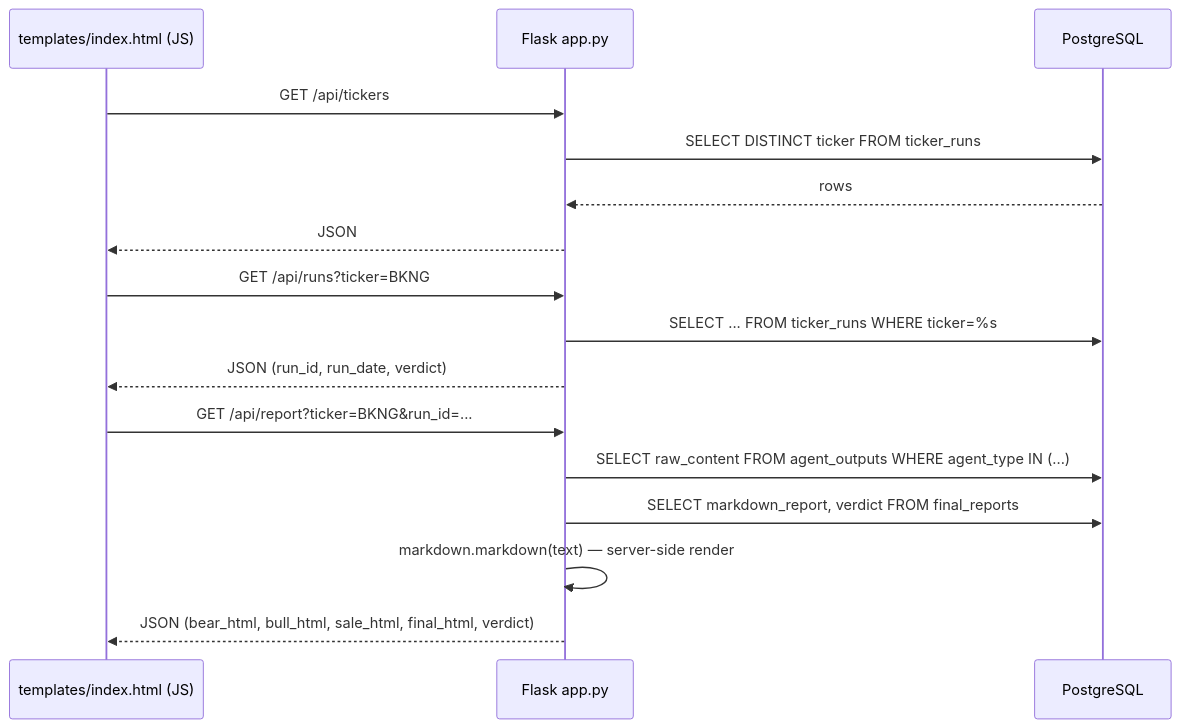
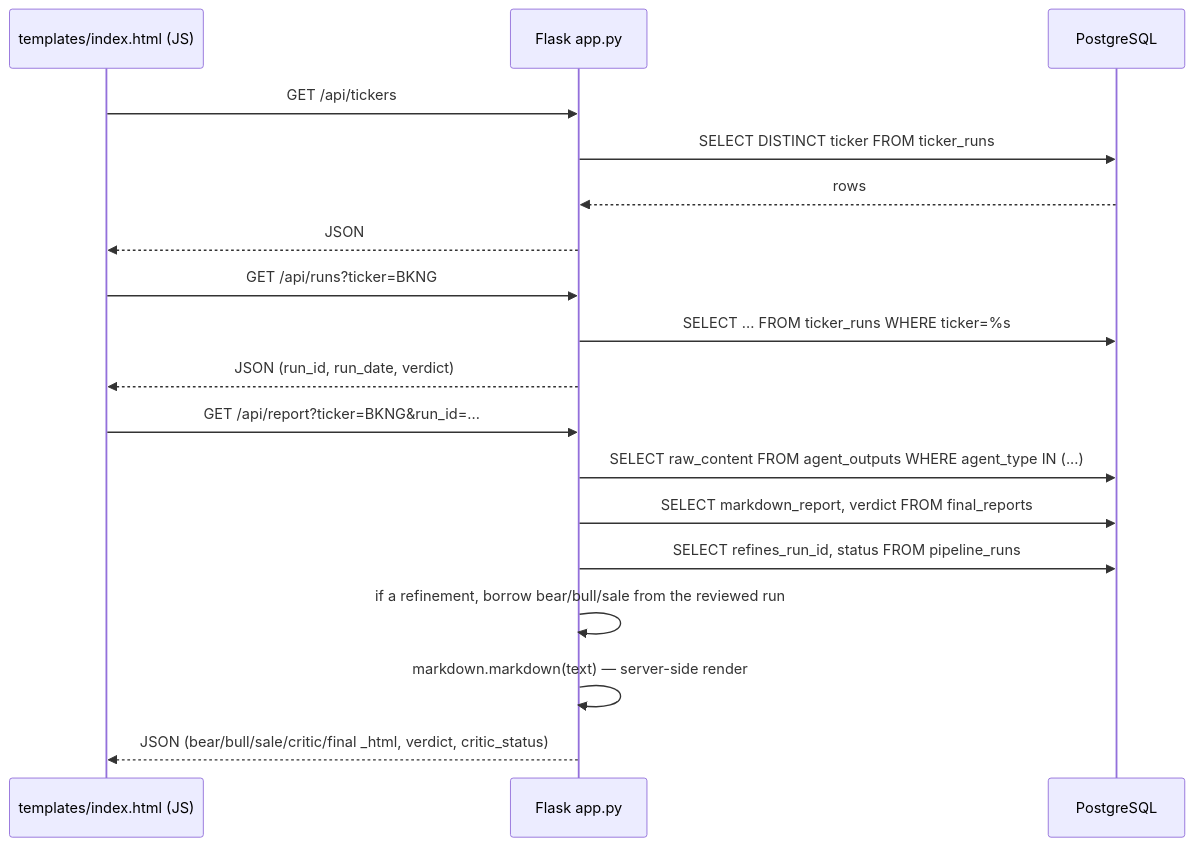
One commit to sun4github/magic-stock-picker changed the diagram in docs/06-webapp.md. Above: the diagram before and after it, drawn with Mermaid. The commit also changed other lines of this file and 16 other files, not shown here.

````diff
--- a/docs/06-webapp.md
+++ b/docs/06-webapp.md
@@ -28,21 +56,23 @@
 ```mermaid
 sequenceDiagram
     participant UI as templates/index.html (JS)
     participant App as Flask app.py
     participant DB as PostgreSQL
 
     UI->>App: GET /api/tickers
     App->>DB: SELECT DISTINCT ticker FROM ticker_runs
     DB-->>App: rows
     App-->>UI: JSON
 
     UI->>App: GET /api/runs?ticker=BKNG
     App->>DB: SELECT ... FROM ticker_runs WHERE ticker=%s
     App-->>UI: JSON (run_id, run_date, verdict)
 
     UI->>App: GET /api/report?ticker=BKNG&run_id=...
     App->>DB: SELECT raw_content FROM agent_outputs WHERE agent_type IN (...)
     App->>DB: SELECT markdown_report, verdict FROM final_reports
+    App->>DB: SELECT refines_run_id, status FROM pipeline_runs
+    App->>App: if a refinement, borrow bear/bull/sale from the reviewed run
     App->>App: markdown.markdown(text) — server-side render
-    App-->>UI: JSON (bear_html, bull_html, sale_html, final_html, verdict)
+    App-->>UI: JSON (bear/bull/sale/critic/final _html, verdict, critic_status)
 ```
````
